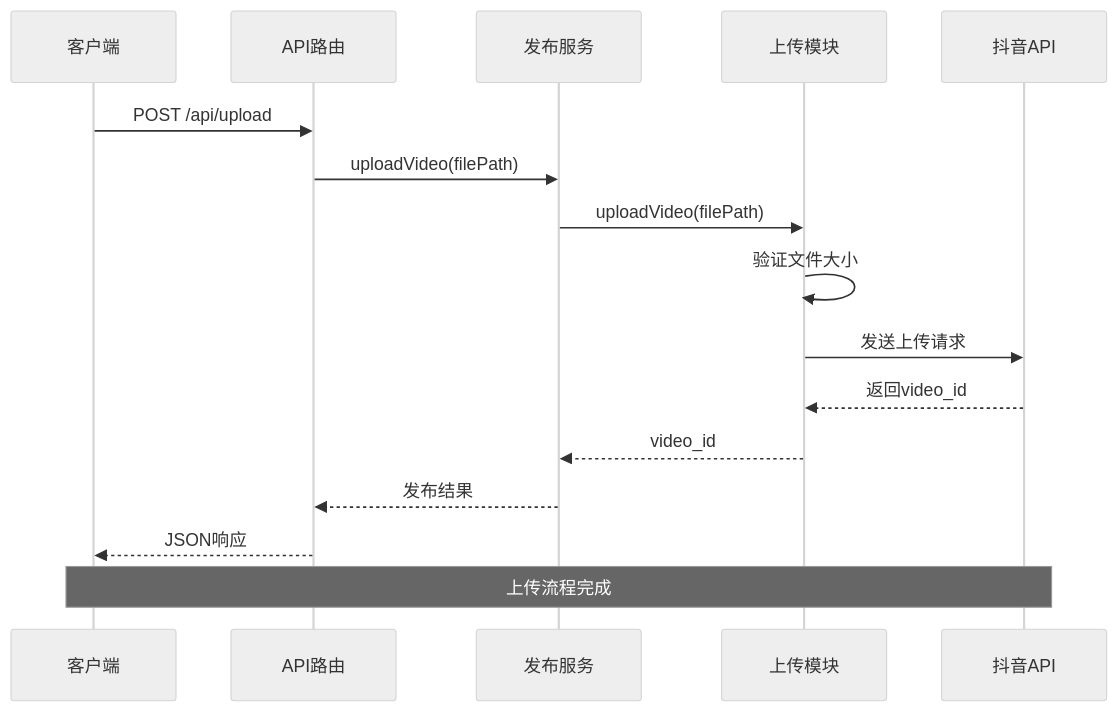
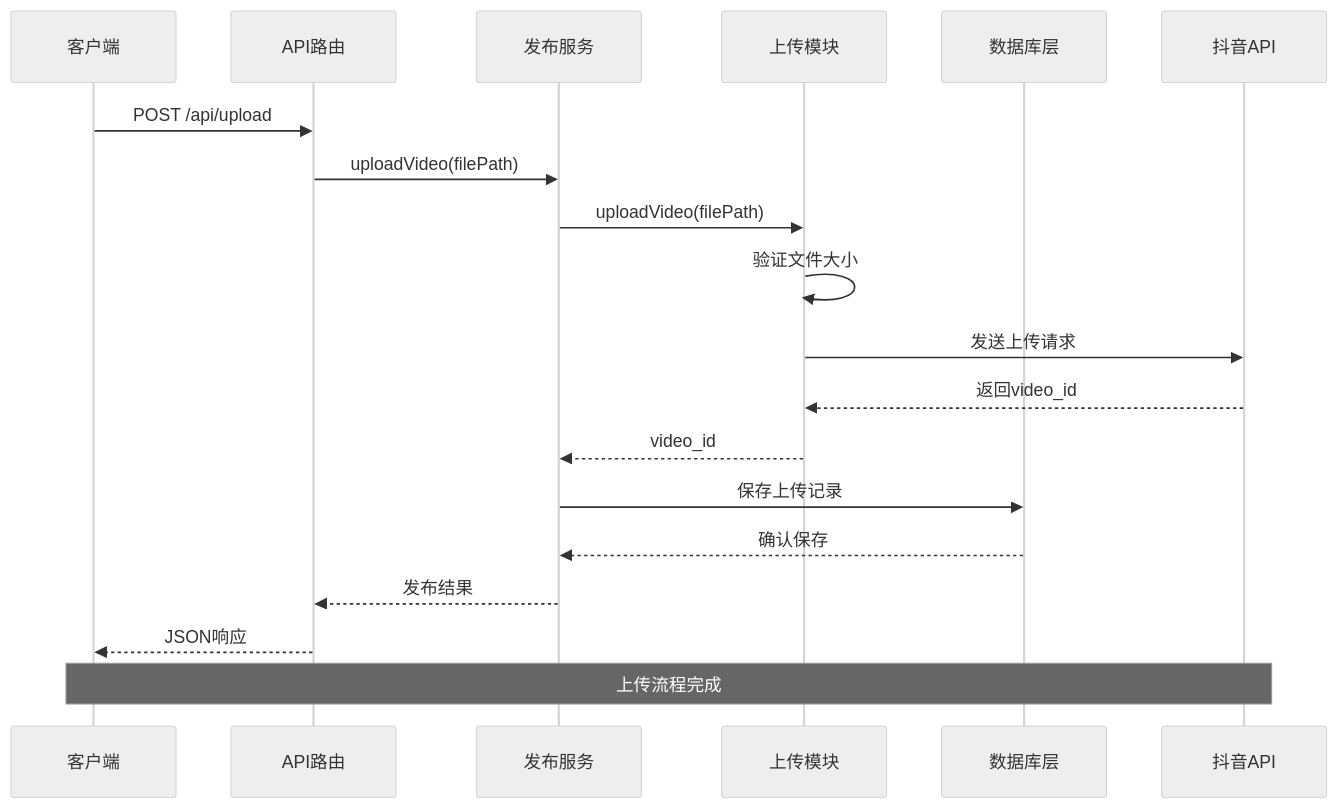
The fourth of 13 diagrams in .qoder/repowiki/zh/content/Legacy Upload System Removed.md (songdiyang/clawOperations), drawn with Mermaid (neutral theme) before and after one commit. The commit also changed other lines of this file and 10 other files, not shown here.

````diff
--- a/.qoder/repowiki/zh/content/Legacy Upload System Removed.md
+++ b/.qoder/repowiki/zh/content/Legacy Upload System Removed.md
@@ -191,18 +225,21 @@
 ```mermaid
 sequenceDiagram
 participant Client as 客户端
 participant API as API路由
 participant Service as 发布服务
 participant Upload as 上传模块
+participant Database as 数据库层
 participant Douyin as 抖音API
 Client->>API : POST /api/upload
 API->>Service : uploadVideo(filePath)
 Service->>Upload : uploadVideo(filePath)
 Upload->>Upload : 验证文件大小
 Upload->>Douyin : 发送上传请求
 Douyin-->>Upload : 返回video_id
 Upload-->>Service : video_id
+Service->>Database : 保存上传记录
+Database-->>Service : 确认保存
 Service-->>API : 发布结果
 API-->>Client : JSON响应
 Note over Client,Douyin : 上传流程完成
 ```
````
